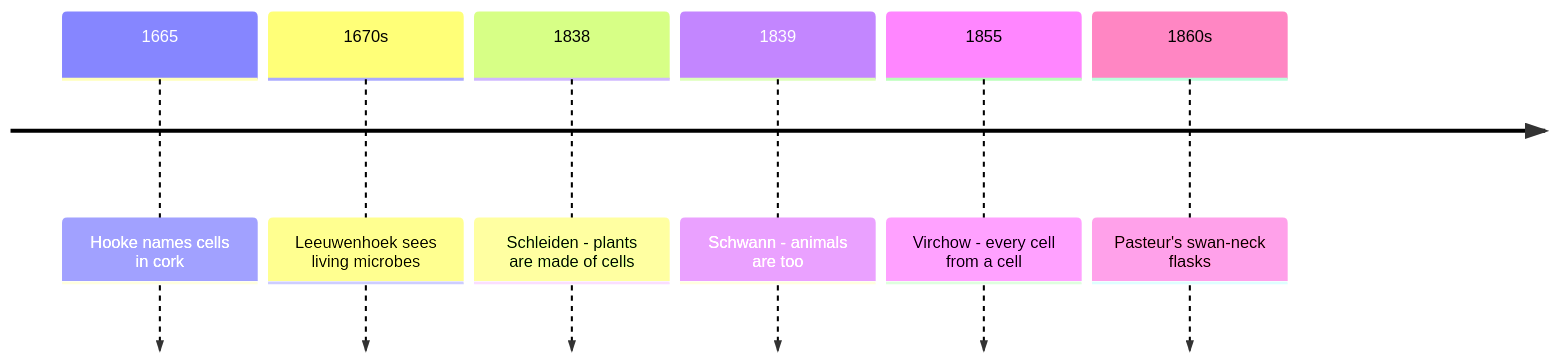
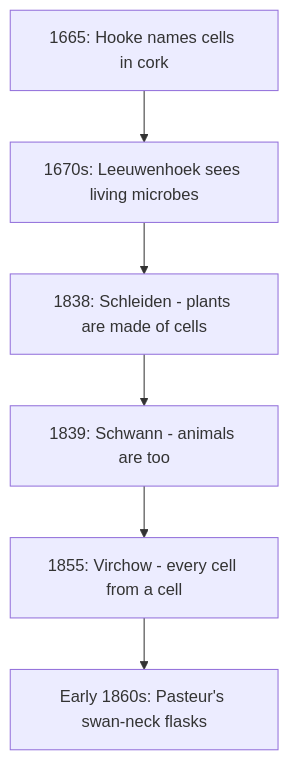
Before and after one commit to Aziliz/erudior: the diagram in content/math/biology/lessons/06-cell-theory.md, drawn with Mermaid. The commit also changed 13 other files, not shown here.

````diff
--- a/content/math/biology/lessons/06-cell-theory.md
+++ b/content/math/biology/lessons/06-cell-theory.md
@@ -26,11 +26,10 @@
 ```mermaid
-timeline
+flowchart TD
   accTitle: Milestones in the discovery of cells
-  accDescr: A timeline. 1665, Robert Hooke sees and names cells in cork. 1670s, Antonie van Leeuwenhoek sees living microbes. 1838, Matthias Schleiden concludes plants are made of cells. 1839, Theodor Schwann extends this to animals. 1855, Rudolf Virchow popularizes every cell from a cell. Early 1860s, Louis Pasteur's swan-neck flasks refute spontaneous generation of microbes.
-  1665 : Hooke names cells in cork
-  1670s : Leeuwenhoek sees living microbes
-  1838 : Schleiden - plants are made of cells
-  1839 : Schwann - animals are too
-  1855 : Virchow - every cell from a cell
-  1860s : Pasteur's swan-neck flasks
+  accDescr: A timeline from top to bottom. 1665, Robert Hooke sees and names cells in cork. 1670s, Antonie van Leeuwenhoek sees living microbes. 1838, Matthias Schleiden concludes plants are made of cells. 1839, Theodor Schwann extends this to animals. 1855, Rudolf Virchow popularizes every cell from a cell. Early 1860s, Louis Pasteur's swan-neck flasks refute spontaneous generation of microbes.
+  A["1665: Hooke names cells in cork"] --> B["1670s: Leeuwenhoek sees living microbes"]
+  B --> C["1838: Schleiden - plants are made of cells"]
+  C --> D["1839: Schwann - animals are too"]
+  D --> E["1855: Virchow - every cell from a cell"]
+  E --> F["Early 1860s: Pasteur's swan-neck flasks"]
 ```
````
